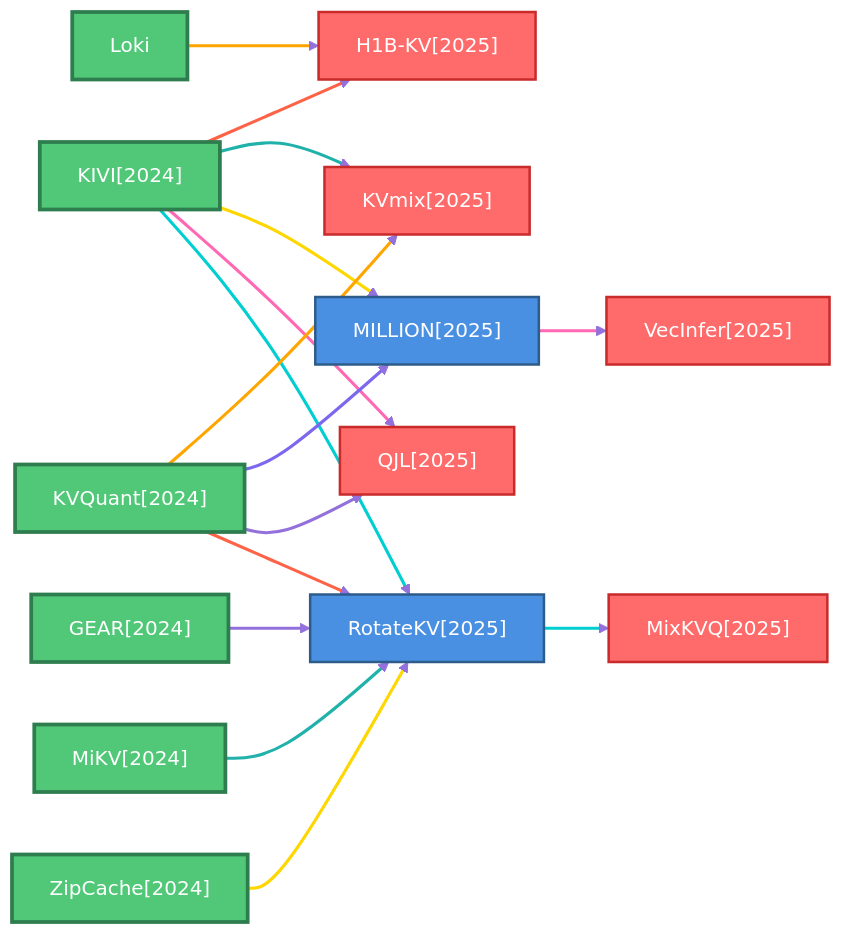
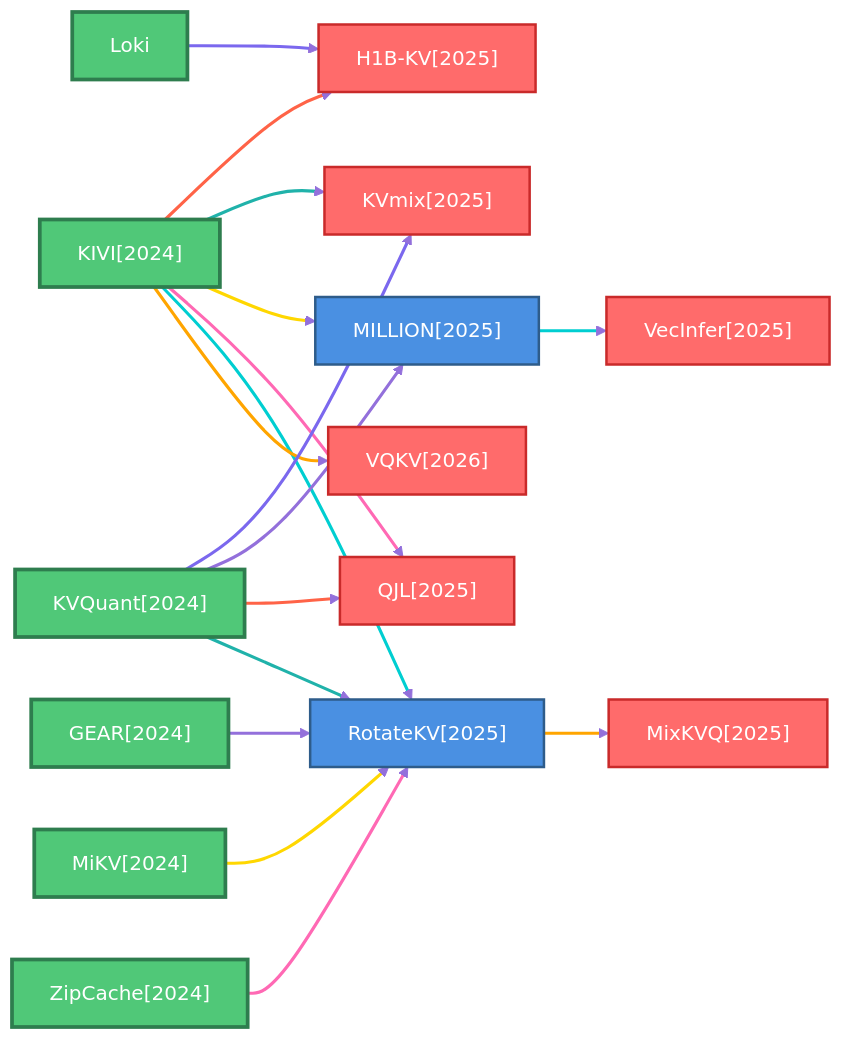
One commit to hustzxd/EfficientPaper changed the second of 11 diagrams in docs/baseline_methods_graph.md. Above: the diagram before and after it, drawn with Mermaid. The commit also changed other lines of this file and 26 other files, not shown here.

````diff
--- a/docs/baseline_methods_graph.md
+++ b/docs/baseline_methods_graph.md
@@ -191,30 +228,46 @@
 
     2024_GEAR["GEAR[2024]"]
     class 2024_GEAR rootNode
+    click 2024_GEAR "../?search=GEAR" _blank
     2024_KIVI["KIVI[2024]"]
     class 2024_KIVI rootNode
+    click 2024_KIVI "../?search=KIVI" _blank
     2024_KVQuant["KVQuant[2024]"]
     class 2024_KVQuant rootNode
+    click 2024_KVQuant "../?search=KVQuant" _blank
     2024_MiKV["MiKV[2024]"]
     class 2024_MiKV rootNode
+    click 2024_MiKV "../?search=MiKV" _blank
     2024_ZipCache["ZipCache[2024]"]
     class 2024_ZipCache rootNode
+    click 2024_ZipCache "../?search=ZipCache" _blank
     2025_H1B_KV["H1B-KV[2025]"]
     class 2025_H1B_KV leafNode
+    click 2025_H1B_KV "../?search=H1B-KV" _blank
     2025_KVmix["KVmix[2025]"]
     class 2025_KVmix leafNode
+    click 2025_KVmix "../?search=KVmix" _blank
     2025_MILLION["MILLION[2025]"]
     class 2025_MILLION defaultNode
+    click 2025_MILLION "../?search=MILLION" _blank
     2025_MixKVQ["MixKVQ[2025]"]
     class 2025_MixKVQ leafNode
+    click 2025_MixKVQ "../?search=MixKVQ" _blank
     2025_QJL["QJL[2025]"]
     class 2025_QJL leafNode
+    click 2025_QJL "../?search=QJL" _blank
     2025_RotateKV["RotateKV[2025]"]
     class 2025_RotateKV defaultNode
+    click 2025_RotateKV "../?search=RotateKV" _blank
     2025_VecInfer["VecInfer[2025]"]
     class 2025_VecInfer leafNode
+    click 2025_VecInfer "../?search=VecInfer" _blank
+    2026_VQKV["VQKV[2026]"]
+    class 2026_VQKV leafNode
+    click 2026_VQKV "../?search=VQKV" _blank
     Loki["Loki"]
     class Loki rootNode
+    click Loki "../?search=Loki" _blank
 
     2024_GEAR ==>|" "| 2025_RotateKV
     linkStyle 0 stroke:#9370DB,stroke-width:2.5px
@@ -228,22 +281,24 @@
     linkStyle 4 stroke:#FF69B4,stroke-width:2.5px
     2024_KIVI ==>|" "| 2025_RotateKV
     linkStyle 5 stroke:#00CED1,stroke-width:2.5px
+    2024_KIVI ==>|" "| 2026_VQKV
+    linkStyle 6 stroke:#FFA500,stroke-width:2.5px
     2024_KVQuant ==>|" "| 2025_KVmix
-    linkStyle 6 stroke:#FFA500,stroke-width:2.5px
+    linkStyle 7 stroke:#7B68EE,stroke-width:2.5px
     2024_KVQuant ==>|" "| 2025_MILLION
-    linkStyle 7 stroke:#7B68EE,stroke-width:2.5px
+    linkStyle 8 stroke:#9370DB,stroke-width:2.5px
     2024_KVQuant ==>|" "| 2025_QJL
-    linkStyle 8 stroke:#9370DB,stroke-width:2.5px
+    linkStyle 9 stroke:#FF6347,stroke-width:2.5px
     2024_KVQuant ==>|" "| 2025_RotateKV
-    linkStyle 9 stroke:#FF6347,stroke-width:2.5px
+    linkStyle 10 stroke:#20B2AA,stroke-width:2.5px
     2024_MiKV ==>|" "| 2025_RotateKV
-    linkStyle 10 stroke:#20B2AA,stroke-width:2.5px
+    linkStyle 11 stroke:#FFD700,stroke-width:2.5px
     2024_ZipCache ==>|" "| 2025_RotateKV
-    linkStyle 11 stroke:#FFD700,stroke-width:2.5px
+    linkStyle 12 stroke:#FF69B4,stroke-width:2.5px
     2025_MILLION ==>|" "| 2025_VecInfer
-    linkStyle 12 stroke:#FF69B4,stroke-width:2.5px
+    linkStyle 13 stroke:#00CED1,stroke-width:2.5px
     2025_RotateKV ==>|" "| 2025_MixKVQ
-    linkStyle 13 stroke:#00CED1,stroke-width:2.5px
+    linkStyle 14 stroke:#FFA500,stroke-width:2.5px
     Loki ==>|" "| 2025_H1B_KV
-    linkStyle 14 stroke:#FFA500,stroke-width:2.5px
+    linkStyle 15 stroke:#7B68EE,stroke-width:2.5px
 ```
````
